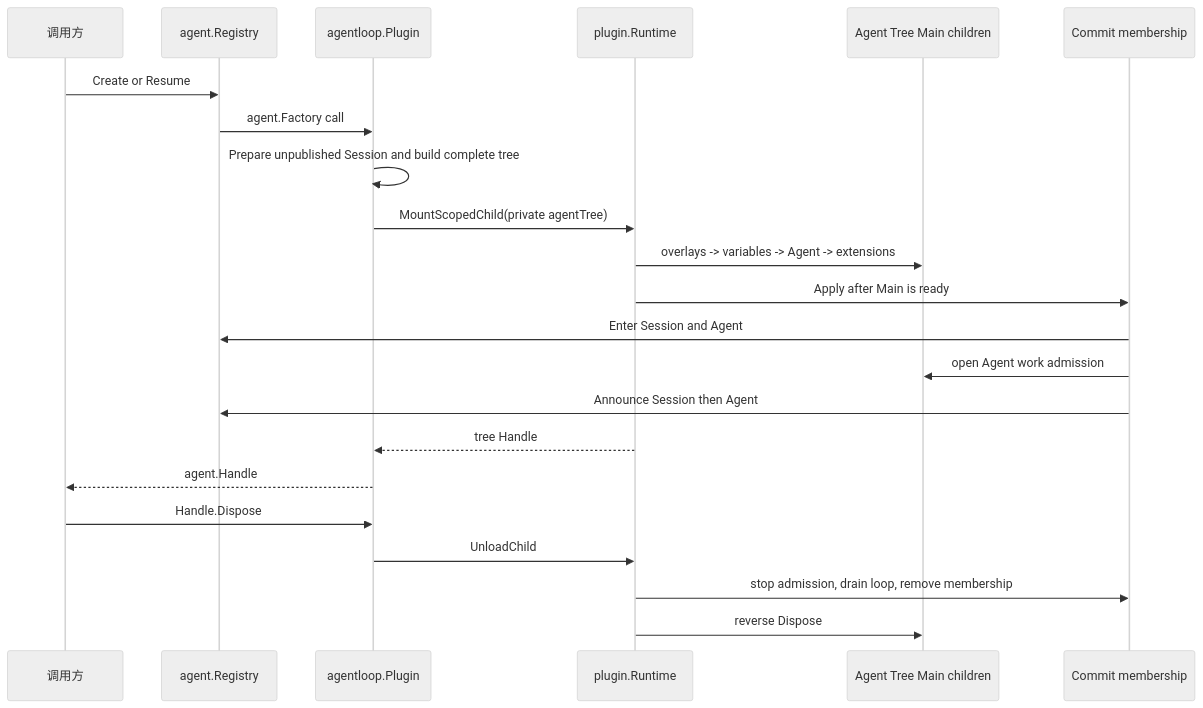
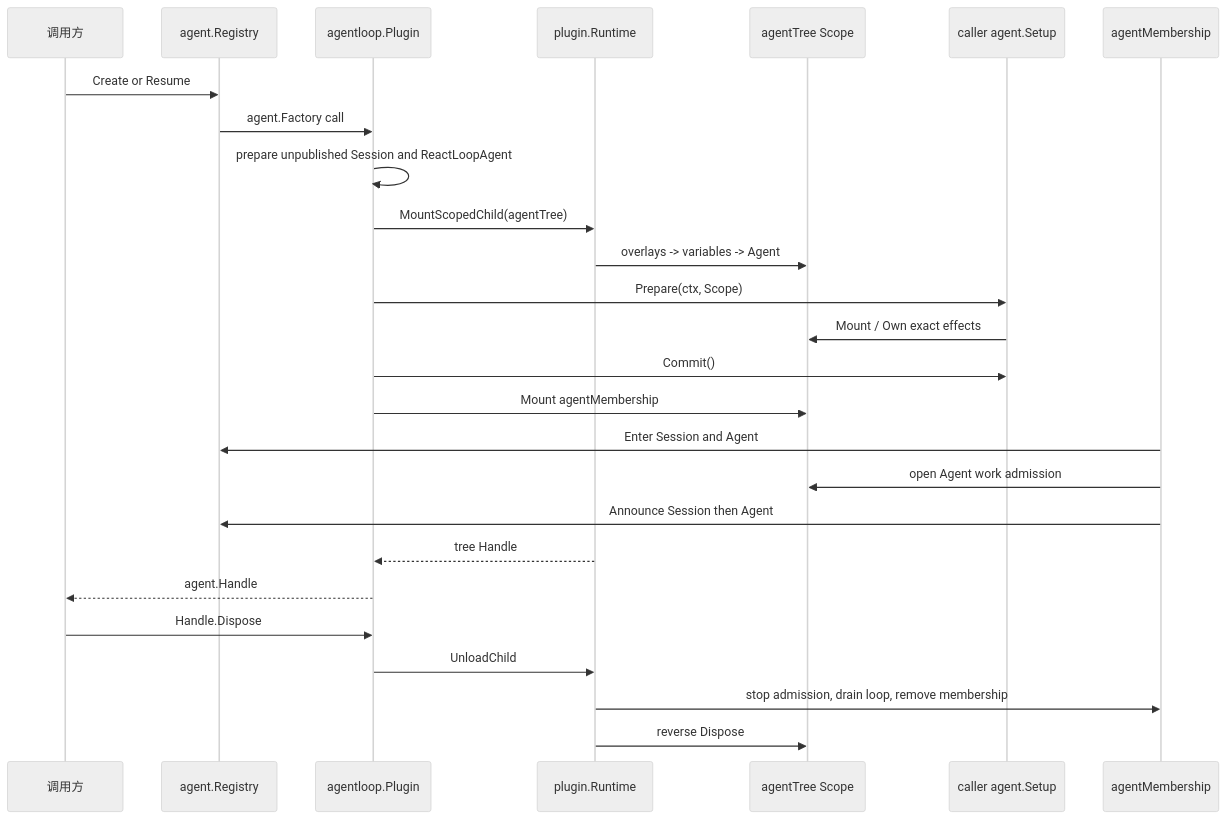
Before and after one commit to gorenx/goren: the second of 2 diagrams in agentloop/README.zh-CN.md, drawn with Mermaid (neutral theme). The commit also changed other lines of this file and 6 other files, not shown here.

Commit message:
docs: define agent creation setup boundary

````diff
--- a/agentloop/README.zh-CN.md
+++ b/agentloop/README.zh-CN.md
@@ -52,25 +55,29 @@
 ```mermaid
 sequenceDiagram
     participant Caller as 调用方
     participant Registry as agent.Registry
     participant Root as agentloop.Plugin
     participant Runtime as plugin.Runtime
-    participant Main as Agent Tree Main children
-    participant Membership as Commit membership
+    participant Scope as agentTree Scope
+    participant Setup as caller agent.Setup
+    participant Membership as agentMembership
 
     Caller->>Registry: Create or Resume
     Registry->>Root: agent.Factory call
-    Root->>Root: Prepare unpublished Session and build complete tree
-    Root->>Runtime: MountScopedChild(private agentTree)
-    Runtime->>Main: overlays -> variables -> Agent -> extensions
-    Runtime->>Membership: Apply after Main is ready
+    Root->>Root: prepare unpublished Session and ReactLoopAgent
+    Root->>Runtime: MountScopedChild(agentTree)
+    Runtime->>Scope: overlays -> variables -> Agent
+    Root->>Setup: Prepare(ctx, Scope)
+    Setup->>Scope: Mount / Own exact effects
+    Root->>Setup: Commit()
+    Root->>Scope: Mount agentMembership
     Membership->>Registry: Enter Session and Agent
-    Membership->>Main: open Agent work admission
+    Membership->>Scope: open Agent work admission
     Membership->>Registry: Announce Session then Agent
     Runtime-->>Root: tree Handle
     Root-->>Caller: agent.Handle
     Caller->>Root: Handle.Dispose
     Root->>Runtime: UnloadChild
     Runtime->>Membership: stop admission, drain loop, remove membership
-    Runtime->>Main: reverse Dispose
+    Runtime->>Scope: reverse Dispose
 ```
````
